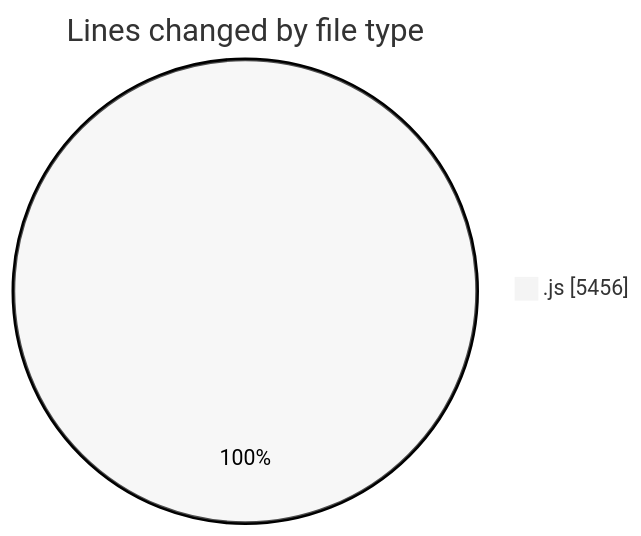
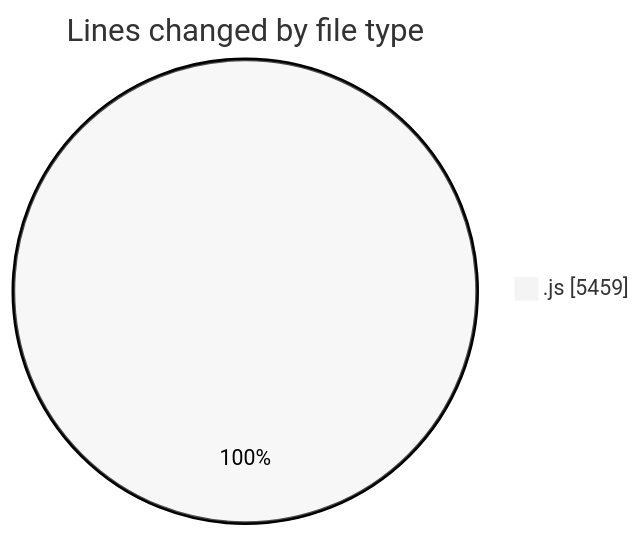
The first of 2 diagrams in 2025-09-04/nxtqube_webapp/README.md (nxtqubesakshisongat/code-tracking), drawn with Mermaid (neutral theme) before and after one commit. The commit also changed other lines of this file and 1 other file, not shown here.

````diff
--- a/2025-09-04/nxtqube_webapp/README.md
+++ b/2025-09-04/nxtqube_webapp/README.md
@@ -20,5 +20,5 @@
 ```mermaid
 pie showData
 title Lines changed by file type
-".js" : 5456
+".js" : 5459
 ```
````
